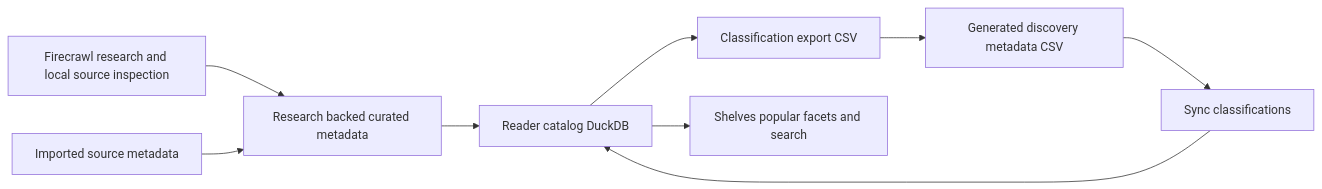
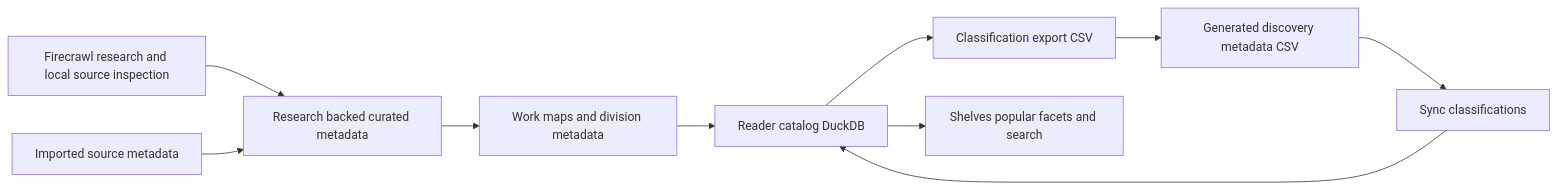
The first of 3 diagrams in docs/READER_METADATA_ENRICHMENT_LOOP.md (darkone23/langnet-cli), drawn with Mermaid before and after one commit. The commit also changed other lines of this file and 23 other files, not shown here.

First line of the commit message:
work towards traditional reader structure integration

````diff
--- a/docs/READER_METADATA_ENRICHMENT_LOOP.md
+++ b/docs/READER_METADATA_ENRICHMENT_LOOP.md
@@ -104,11 +108,12 @@
 ```mermaid
 flowchart LR
     Research["Firecrawl research and local source inspection"] --> Curated["Research backed curated metadata"]
     Source["Imported source metadata"] --> Curated
-    Curated --> Catalog["Reader catalog DuckDB"]
+    Curated --> WorkMap["Work maps and division metadata"]
+    WorkMap --> Catalog["Reader catalog DuckDB"]
     Catalog --> Export["Classification export CSV"]
     Export --> Generated["Generated discovery metadata CSV"]
     Generated --> Sync["Sync classifications"]
     Sync --> Catalog
     Catalog --> Surfaces["Shelves popular facets and search"]
 ```
````
